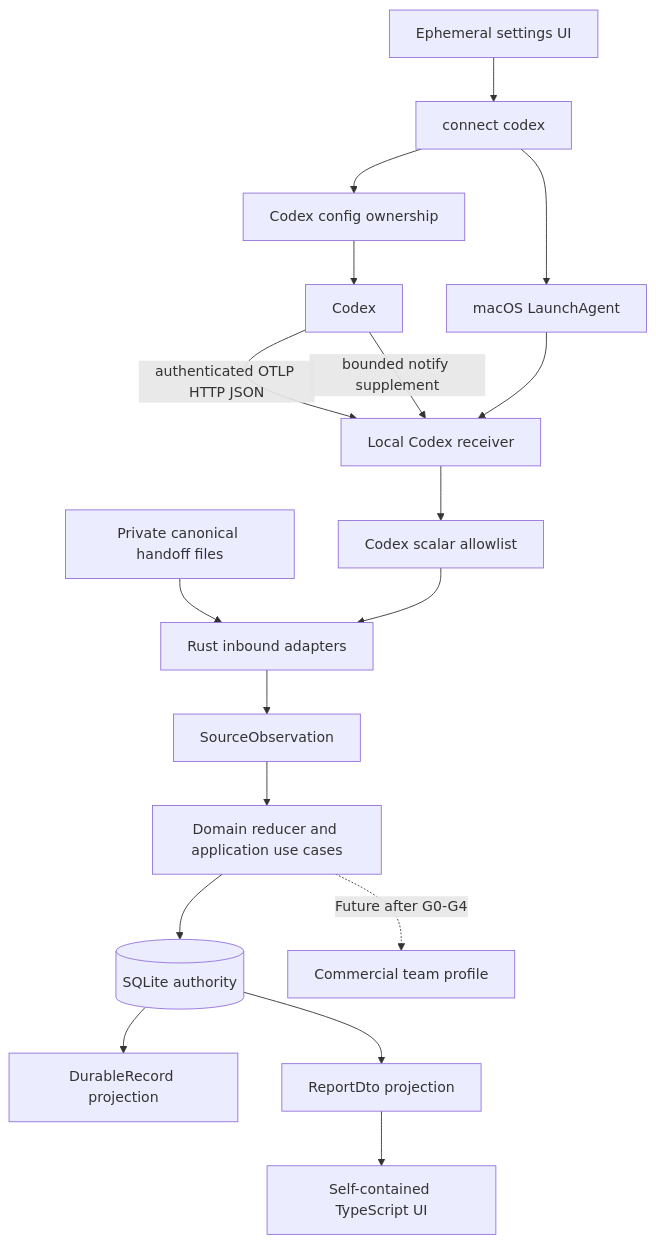
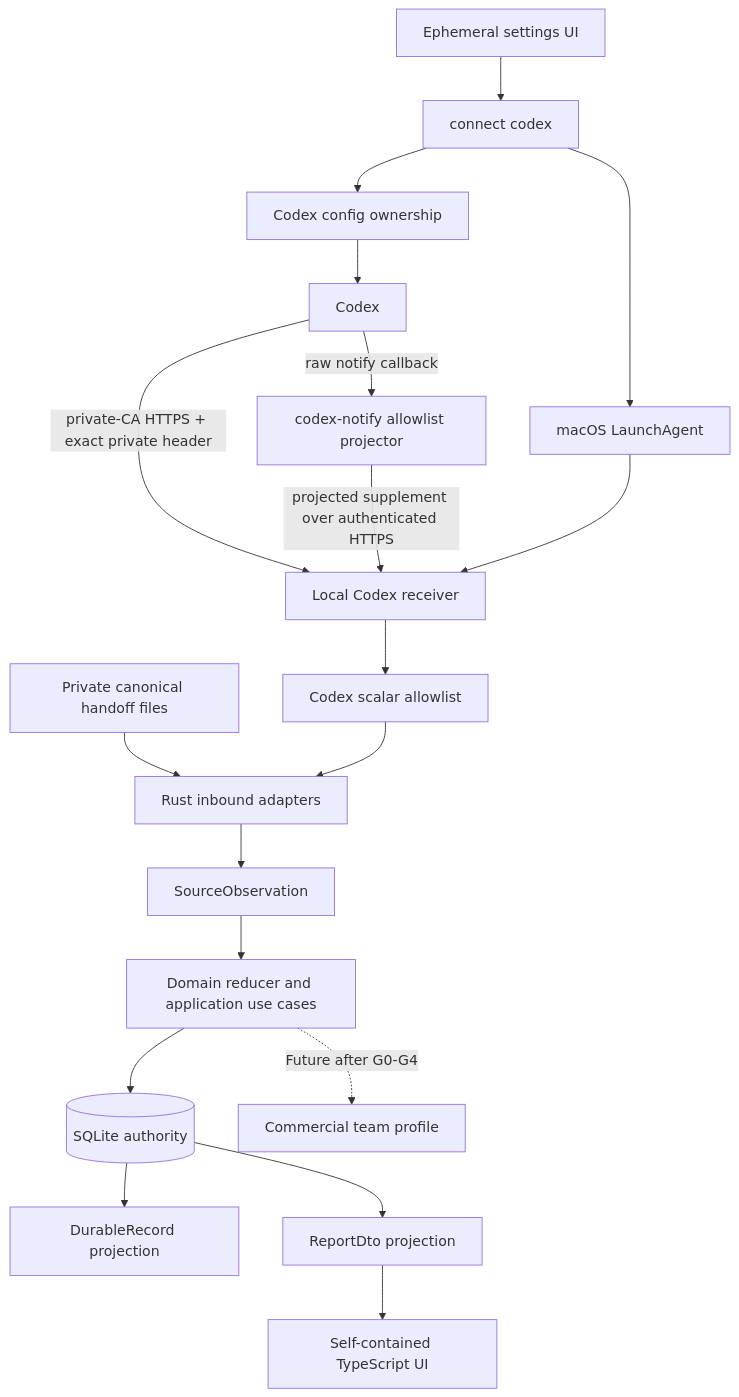
Before and after one commit to MCprotein/agent-observability: the diagram in docs/ARCHITECTURE.md, drawn with Mermaid. The commit also changed other lines of this file and 25 other files, not shown here.

````diff
--- a/docs/ARCHITECTURE.md
+++ b/docs/ARCHITECTURE.md
@@ -128,20 +131,21 @@
 ```mermaid
 flowchart TB
-    Codex["Codex"] -->|"authenticated OTLP HTTP JSON"| Receiver["Local Codex receiver"]
-    Codex -->|"bounded notify supplement"| Receiver
+    Codex["Codex"] -->|"private-CA HTTPS + exact private header"| Receiver["Local Codex receiver"]
+    Codex -->|"raw notify callback"| Notify["codex-notify allowlist projector"]
+    Notify -->|"projected supplement over authenticated HTTPS"| Receiver
     Manual["Private canonical handoff files"] --> Adapters["Rust inbound adapters"]
     Receiver --> Allowlist["Codex scalar allowlist"]
     Allowlist --> Adapters
     Adapters --> Observation["SourceObservation"]
     Observation --> Core["Domain reducer and application use cases"]
     Core --> Store[("SQLite authority")]
     Store --> Projection["DurableRecord projection"]
     Store --> Report["ReportDto projection"]
     Report --> UI["Self-contained TypeScript UI"]
     Connect["connect codex"] --> Ownership["Codex config ownership"]
     Connect --> LaunchAgent["macOS LaunchAgent"]
     Settings["Ephemeral settings UI"] --> Connect
     Ownership --> Codex
     LaunchAgent --> Receiver
     Core -.->|"Future after G0-G4"| Team["Commercial team profile"]
 ```
````
